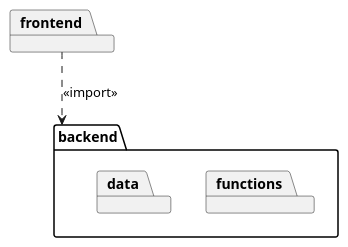
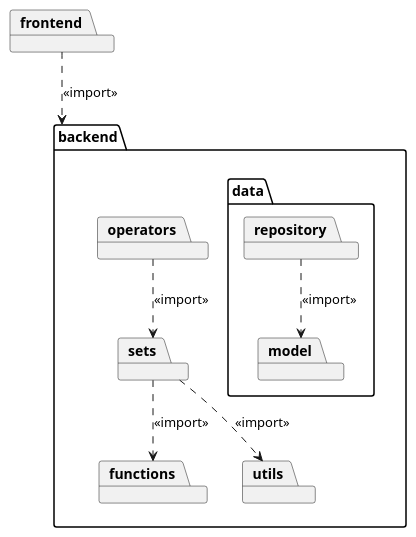
Before and after one commit to kambed/Computer-Recognition-Systems: the first of 5 diagrams in task2/README.md, drawn with PlantUML. The commit also changed other lines of this file, not shown here.

Commit message:
Add sets

````diff
--- a/task2/README.md
+++ b/task2/README.md
@@ -2,9 +3,21 @@
 ```plantuml
 package backend {
     package functions
-    package data
+    package data {
+        package model
+        package repository
+        
+        repository ..> model: <<import>>
+    }
+    package sets
+    package operators
+    package utils
+    
+    operators ..> sets: <<import>>
+    sets ..> functions: <<import>>
+    sets ..> utils: <<import>>
 }
 package frontend {
 }
 frontend ..> backend: <<import>>
 ```
````
